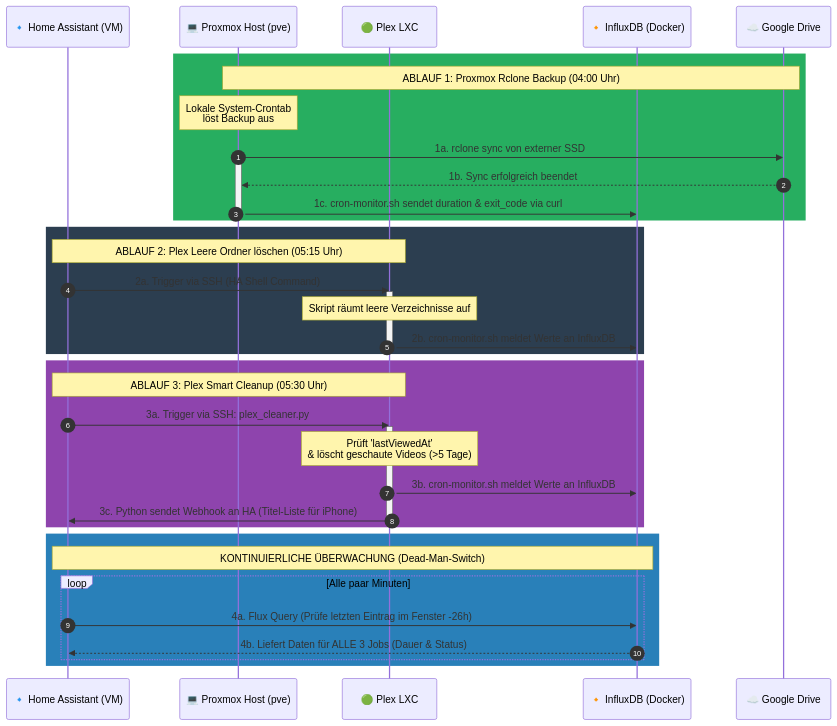
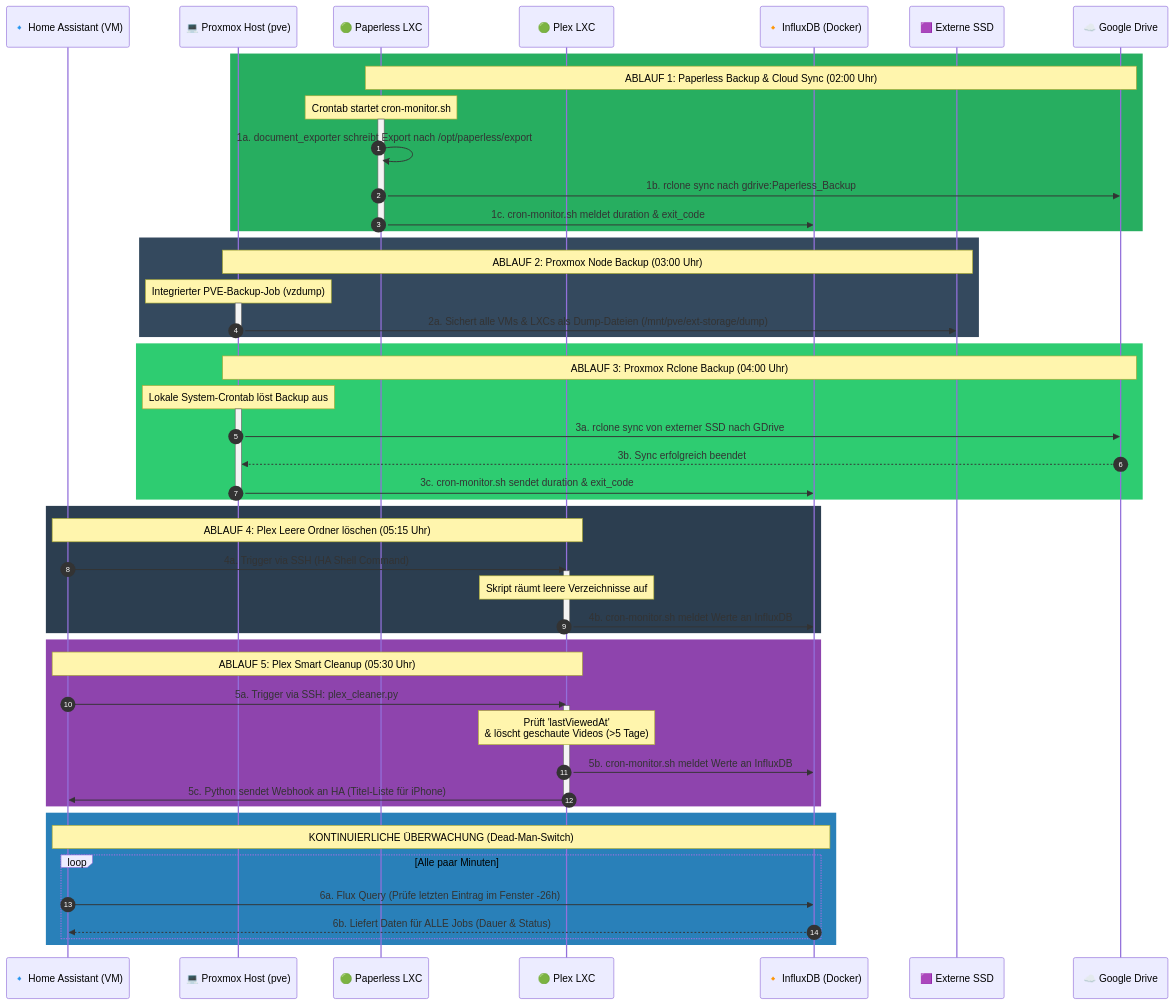
Before and after one commit to mxpfister/homelab-architecture: the second of 7 diagrams in README.md, drawn with Mermaid. The commit also changed other lines of this file, not shown here.

Commit message:
adds paperless & backup cronjob

````diff
--- a/README.md
+++ b/README.md
@@ -56,50 +62,72 @@
 ```mermaid
 sequenceDiagram
     autonumber
     participant HA as 🔹 Home Assistant (VM)
     participant PVE as 💻 Proxmox Host (pve)
+    participant PaperlessLXC as 🟢 Paperless LXC
     participant PlexLXC as 🟢 Plex LXC
     participant Influx as 🔸 InfluxDB (Docker)
+    participant SSD as 🟪 Externe SSD
     participant GDrive as ☁️ Google Drive
 
-    %% --- ABLAUF 1: PROXMOX BACKUP (04:00 UHR) ---
+    %% --- ABLAUF 1: PAPERLESS EXPORT & SYNC (02:00 UHR) ---
     rect rgb(39, 174, 96)
-        Note over PVE, GDrive: ABLAUF 1: Proxmox Rclone Backup (04:00 Uhr)
-        Note over PVE: Lokale System-Crontab<br>löst Backup aus
-        PVE->>GDrive: 1a. rclone sync von externer SSD
+        Note over PaperlessLXC, GDrive: ABLAUF 1: Paperless Backup & Cloud Sync (02:00 Uhr)
+        Note over PaperlessLXC: Crontab startet cron-monitor.sh
+        activate PaperlessLXC
+        PaperlessLXC->>PaperlessLXC: 1a. document_exporter schreibt Export nach /opt/paperless/export
+        PaperlessLXC->>GDrive: 1b. rclone sync nach gdrive:Paperless_Backup
+        PaperlessLXC->>Influx: 1c. cron-monitor.sh meldet duration & exit_code
+        deactivate PaperlessLXC
+    end
+
+    %% --- ABLAUF 2: PROXMOX VZDUMP BACKUP (03:00 UHR) ---
+    rect rgb(52, 73, 94)
+        Note over PVE, SSD: ABLAUF 2: Proxmox Node Backup (03:00 Uhr)
+        Note over PVE: Integrierter PVE-Backup-Job (vzdump)
         activate PVE
-        GDrive-->>PVE: 1b. Sync erfolgreich beendet
-        PVE->>Influx: 1c. cron-monitor.sh sendet duration & exit_code via curl
+        PVE->>SSD: 2a. Sichert alle VMs & LXCs als Dump-Dateien (/mnt/pve/ext-storage/dump)
         deactivate PVE
     end
 
-    %% --- ABLAUF 2: PLEX LEERE ORDNER LÖSCHEN (05:15 UHR) ---
+    %% --- ABLAUF 3: PROXMOX RCLONE CLOUD SYNC (04:00 UHR) ---
+    rect rgb(46, 204, 113)
+        Note over PVE, GDrive: ABLAUF 3: Proxmox Rclone Backup (04:00 Uhr)
+        Note over PVE: Lokale System-Crontab löst Backup aus
+        activate PVE
+        PVE->>GDrive: 3a. rclone sync von externer SSD nach GDrive
+        GDrive-->>PVE: 3b. Sync erfolgreich beendet
+        PVE->>Influx: 3c. cron-monitor.sh sendet duration & exit_code
+        deactivate PVE
+    end
+
+    %% --- ABLAUF 4: PLEX LEERE ORDNER LÖSCHEN (05:15 UHR) ---
     rect rgb(44, 62, 80)
-        Note over HA, PlexLXC: ABLAUF 2: Plex Leere Ordner löschen (05:15 Uhr)
-        HA->>PlexLXC: 2a. Trigger via SSH (HA Shell Command)
+        Note over HA, PlexLXC: ABLAUF 4: Plex Leere Ordner löschen (05:15 Uhr)
+        HA->>PlexLXC: 4a. Trigger via SSH (HA Shell Command)
         activate PlexLXC
         Note over PlexLXC: Skript räumt leere Verzeichnisse auf
-        PlexLXC->>Influx: 2b. cron-monitor.sh meldet Werte an InfluxDB
+        PlexLXC->>Influx: 4b. cron-monitor.sh meldet Werte an InfluxDB
         deactivate PlexLXC
     end
 
-    %% --- ABLAUF 3: PLEX SMART CLEANUP (05:30 UHR) ---
+    %% --- ABLAUF 5: PLEX SMART CLEANUP (05:30 UHR) ---
     rect rgb(142, 68, 173)
-        Note over HA, PlexLXC: ABLAUF 3: Plex Smart Cleanup (05:30 Uhr)
-        HA->>PlexLXC: 3a. Trigger via SSH: plex_cleaner.py
+        Note over HA, PlexLXC: ABLAUF 5: Plex Smart Cleanup (05:30 Uhr)
+        HA->>PlexLXC: 5a. Trigger via SSH: plex_cleaner.py
         activate PlexLXC
         Note over PlexLXC: Prüft 'lastViewedAt'<br>& löscht geschaute Videos (>5 Tage)
-        PlexLXC->>Influx: 3b. cron-monitor.sh meldet Werte an InfluxDB
-        PlexLXC->>HA: 3c. Python sendet Webhook an HA (Titel-Liste für iPhone)
+        PlexLXC->>Influx: 5b. cron-monitor.sh meldet Werte an InfluxDB
+        PlexLXC->>HA: 5c. Python sendet Webhook an HA (Titel-Liste für iPhone)
         deactivate PlexLXC
     end
 
     %% --- ABFRAGE-SCHLEIFE (DEAD-MAN-SWITCH) ---
     rect rgb(41, 128, 185)
         Note over HA, Influx: KONTINUIERLICHE ÜBERWACHUNG (Dead-Man-Switch)
         loop Alle paar Minuten
-            HA->>Influx: 4a. Flux Query (Prüfe letzten Eintrag im Fenster -26h)
-            Influx-->>HA: 4b. Liefert Daten für ALLE 3 Jobs (Dauer & Status)
+            HA->>Influx: 6a. Flux Query (Prüfe letzten Eintrag im Fenster -26h)
+            Influx-->>HA: 6b. Liefert Daten für ALLE Jobs (Dauer & Status)
         end
     end
 ```
````
